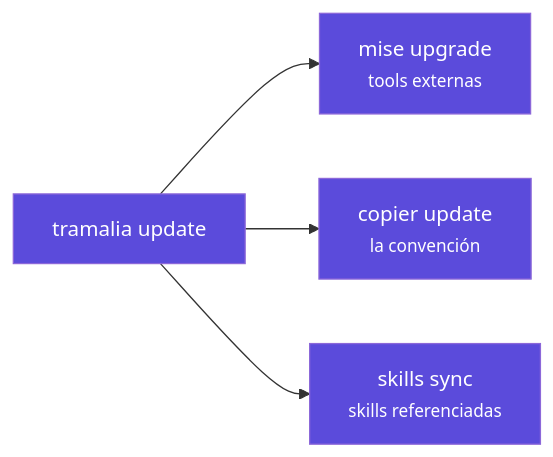
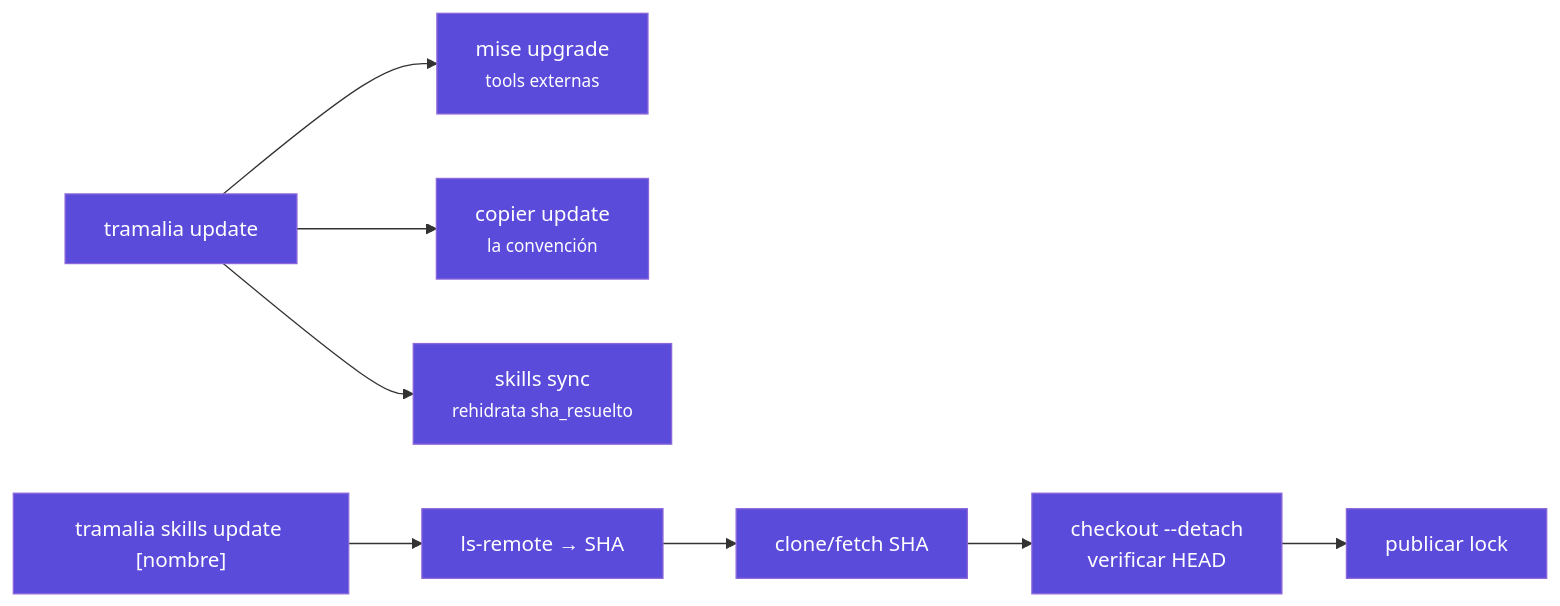
The second of 3 diagrams in docs/arquitectura.md (MscottB/tramalia), drawn with Mermaid before and after one commit. The commit also changed other lines of this file and 15 other files, not shown here.

````diff
--- a/docs/arquitectura.md
+++ b/docs/arquitectura.md
@@ -70,7 +70,11 @@
 ```mermaid
 flowchart LR
     classDef step fill:#5b4bdb,stroke:#8c68d9,color:#ffffff;
     U["tramalia update"]:::step --> A["mise upgrade<br/><small>tools externas</small>"]:::step
     U --> B["copier update<br/><small>la convención</small>"]:::step
-    U --> C["skills sync<br/><small>skills referenciadas</small>"]:::step
+    U --> C["skills sync<br/><small>rehidrata sha_resuelto</small>"]:::step
+    V["tramalia skills update [nombre]"]:::step --> R["ls-remote → SHA"]:::step
+    R --> F["clone/fetch SHA"]:::step
+    F --> D["checkout --detach<br/>verificar HEAD"]:::step
+    D --> L["publicar lock"]:::step
 ```
````
